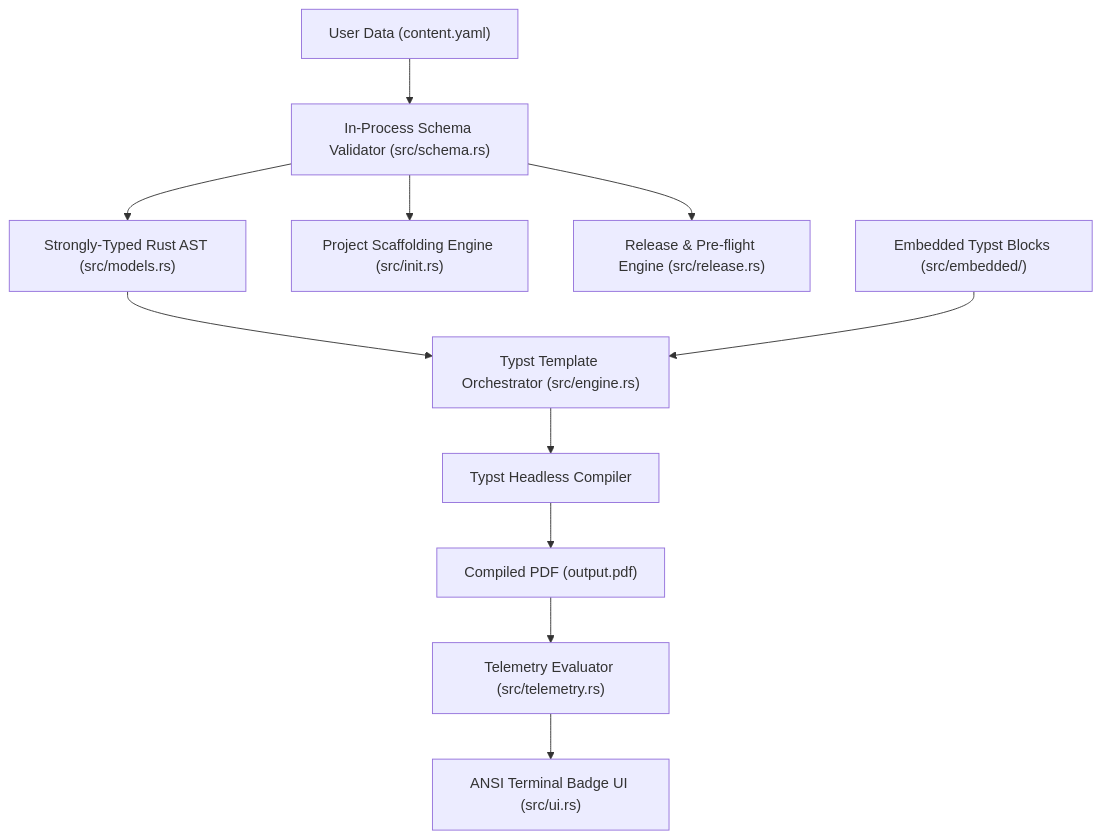
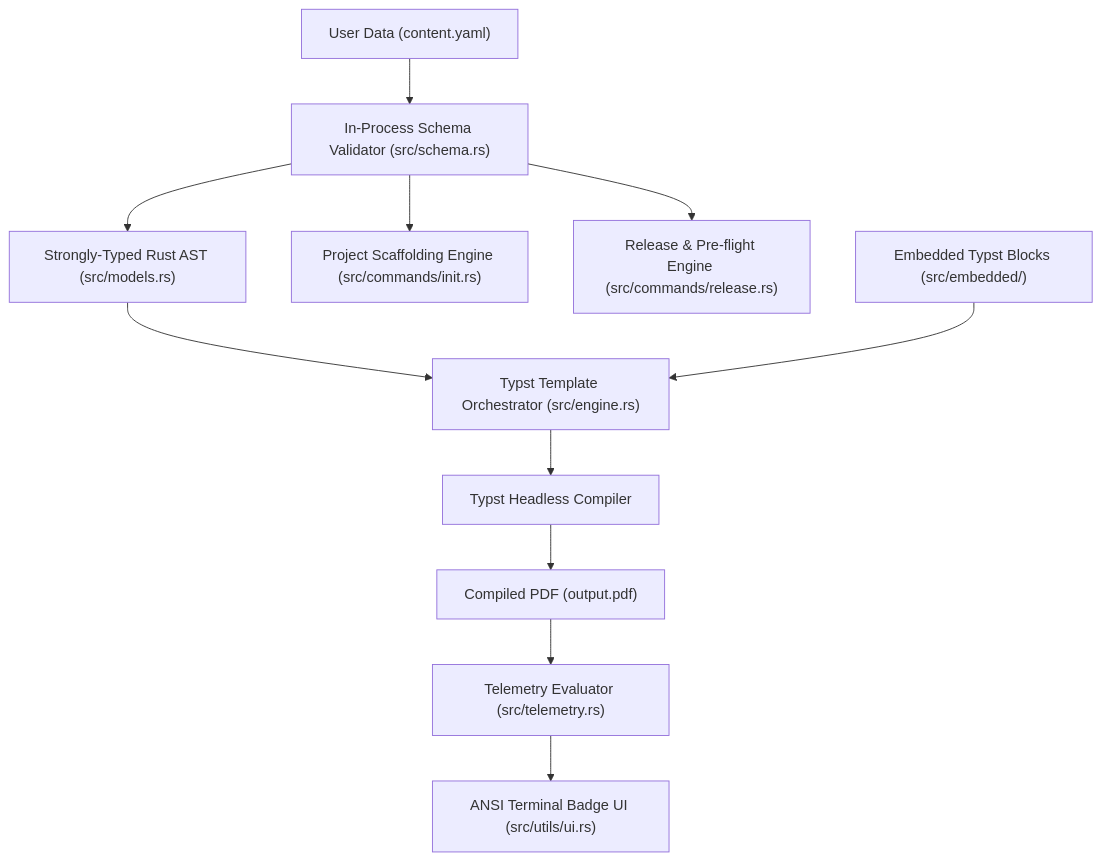
One commit to arvinduh/resumake changed the diagram in docs/architecture.md. Above: the diagram before and after it, drawn with Mermaid. The commit also changed other lines of this file and 1 other file, not shown here.

Commit message:
docs(arch): update architecture and contributing guides to match embedded engine and modern layout (Fixes #101) (#104)

````diff
--- a/docs/architecture.md
+++ b/docs/architecture.md
@@ -16,13 +16,13 @@
 ```mermaid
 graph TD
     YAML["User Data (content.yaml)"] --> VAL["In-Process Schema Validator (src/schema.rs)"]
     VAL --> MOD["Strongly-Typed Rust AST (src/models.rs)"]
-    VAL --> INIT["Project Scaffolding Engine (src/init.rs)"]
-    VAL --> REL["Release & Pre-flight Engine (src/release.rs)"]
+    VAL --> INIT["Project Scaffolding Engine (src/commands/init.rs)"]
+    VAL --> REL["Release & Pre-flight Engine (src/commands/release.rs)"]
     MOD --> ENG["Typst Template Orchestrator (src/engine.rs)"]
     EMB["Embedded Typst Blocks (src/embedded/)"] --> ENG
     ENG --> COMP["Typst Headless Compiler"]
     COMP --> PDF["Compiled PDF (output.pdf)"]
     PDF --> TEL["Telemetry Evaluator (src/telemetry.rs)"]
-    TEL --> UI["ANSI Terminal Badge UI (src/ui.rs)"]
+    TEL --> UI["ANSI Terminal Badge UI (src/utils/ui.rs)"]
 ```
````
